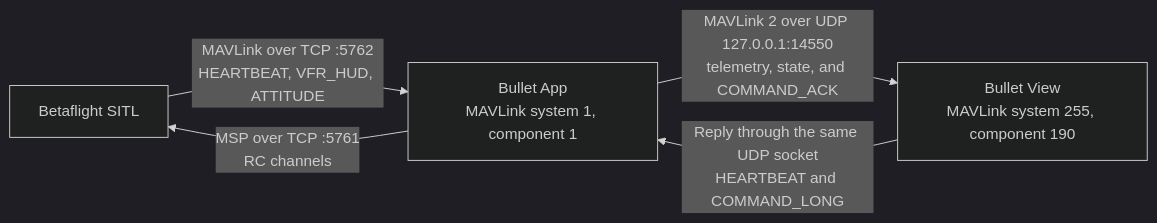
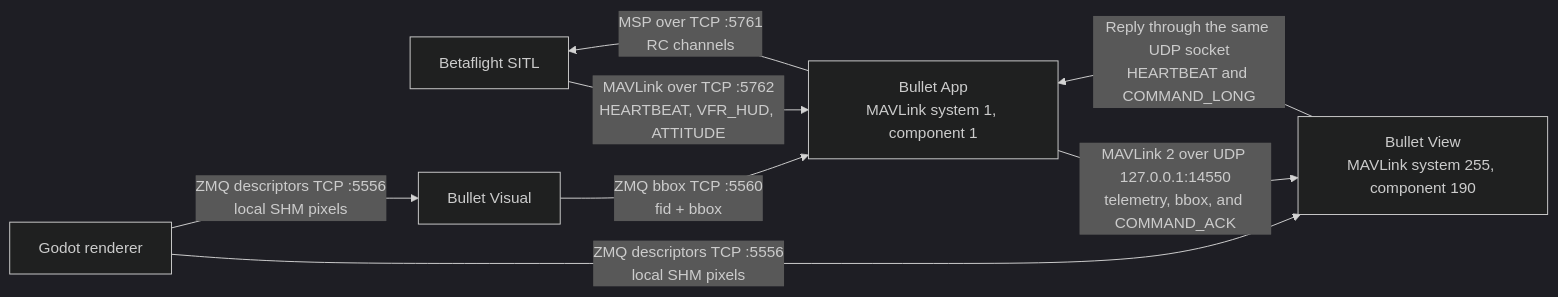
The diagram in docs/app-view-mavlink.md (mayaboker/bullet_view), drawn with Mermaid (dark theme) before and after one commit. The commit also changed other lines of this file and 13 other files, not shown here.

Commit message:
Show local camera images with fid-matched bboxes

````diff
--- a/docs/app-view-mavlink.md
+++ b/docs/app-view-mavlink.md
@@ -1,11 +1,16 @@
 ```mermaid
 flowchart LR
     SITL["Betaflight SITL"]
     APP["Bullet App<br/>MAVLink system 1, component 1"]
     VIEW["Bullet View<br/>MAVLink system 255, component 190"]
+    RENDER["Godot renderer"]
+    VISUAL["Bullet Visual"]
 
     SITL -->|"MAVLink over TCP :5762<br/>HEARTBEAT, VFR_HUD, ATTITUDE"| APP
     APP -->|"MSP over TCP :5761<br/>RC channels"| SITL
-    APP -->|"MAVLink 2 over UDP 127.0.0.1:14550<br/>telemetry, state, and COMMAND_ACK"| VIEW
+    RENDER -->|"ZMQ descriptors TCP :5556<br/>local SHM pixels"| VIEW
+    RENDER -->|"ZMQ descriptors TCP :5556<br/>local SHM pixels"| VISUAL
+    VISUAL -->|"ZMQ bbox TCP :5560<br/>fid + bbox"| APP
+    APP -->|"MAVLink 2 over UDP 127.0.0.1:14550<br/>telemetry, bbox, and COMMAND_ACK"| VIEW
     VIEW -->|"Reply through the same UDP socket<br/>HEARTBEAT and COMMAND_LONG"| APP
 ```
````
